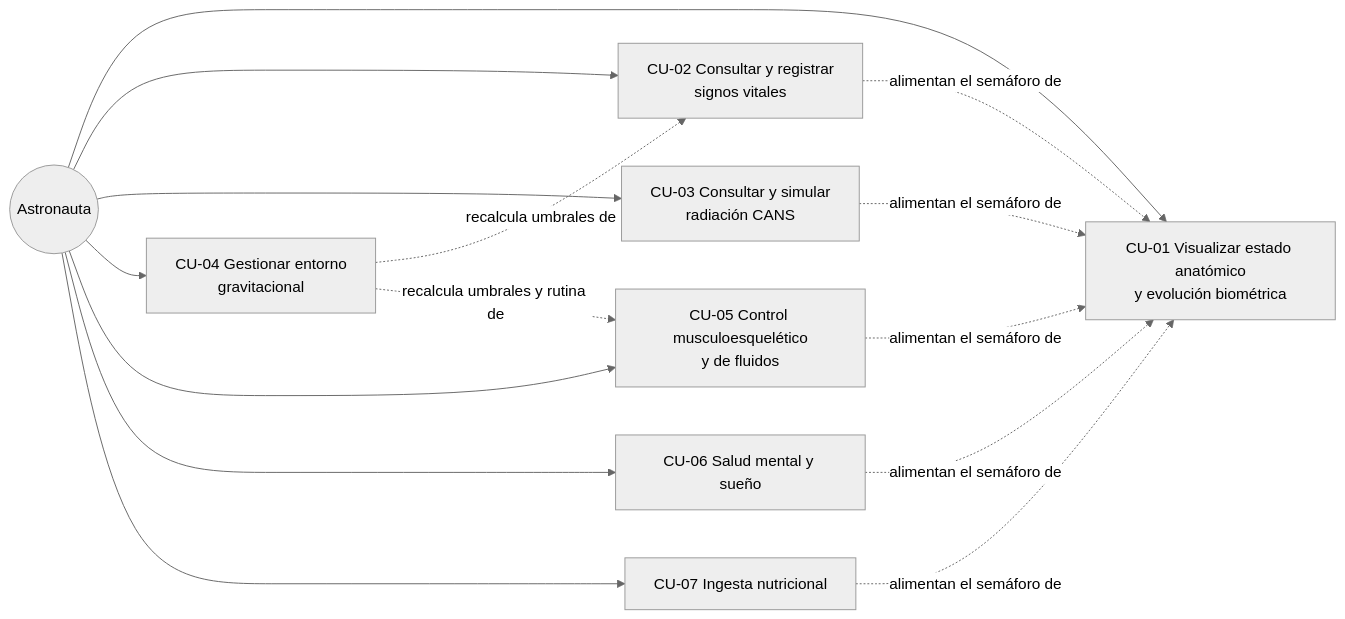
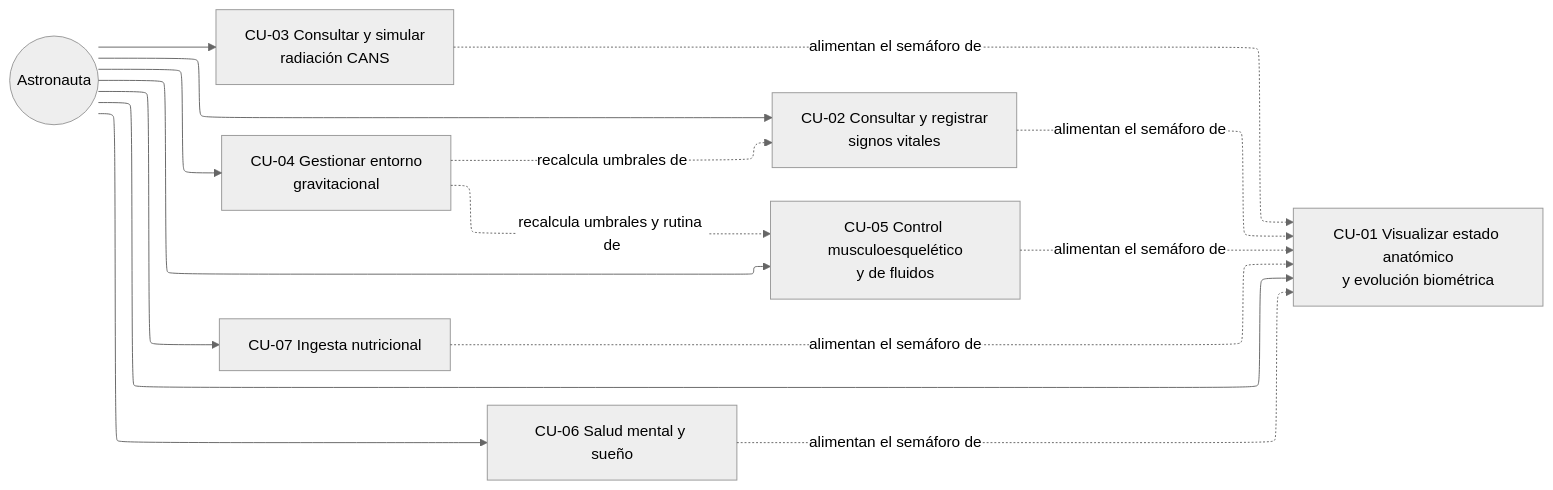
One commit to Nicotine404/Astrovital changed the diagram in docs/02-casos-de-uso.md. Above: the diagram before and after it, drawn with Mermaid (neutral theme). The commit also changed 1 other file, not shown here.

Commit message:
Use ELK renderer in all Mermaid diagrams

````diff
--- a/docs/02-casos-de-uso.md
+++ b/docs/02-casos-de-uso.md
@@ -5,14 +5,15 @@
 ```mermaid
+%%{init: {"flowchart": {"defaultRenderer": "elk"}}}%%
 flowchart LR
   A((Astronauta))
   A --> CU1[CU-01 Visualizar estado anatómico<br/>y evolución biométrica]
   A --> CU2[CU-02 Consultar y registrar<br/>signos vitales]
   A --> CU3[CU-03 Consultar y simular<br/>radiación CANS]
   A --> CU4[CU-04 Gestionar entorno<br/>gravitacional]
   A --> CU5[CU-05 Control musculoesquelético<br/>y de fluidos]
   A --> CU6[CU-06 Salud mental y sueño]
   A --> CU7[CU-07 Ingesta nutricional]
   CU4 -. recalcula umbrales de .-> CU2
   CU4 -. recalcula umbrales y rutina de .-> CU5
   CU2 & CU3 & CU5 & CU6 & CU7 -. alimentan el semáforo de .-> CU1
 ```
````
